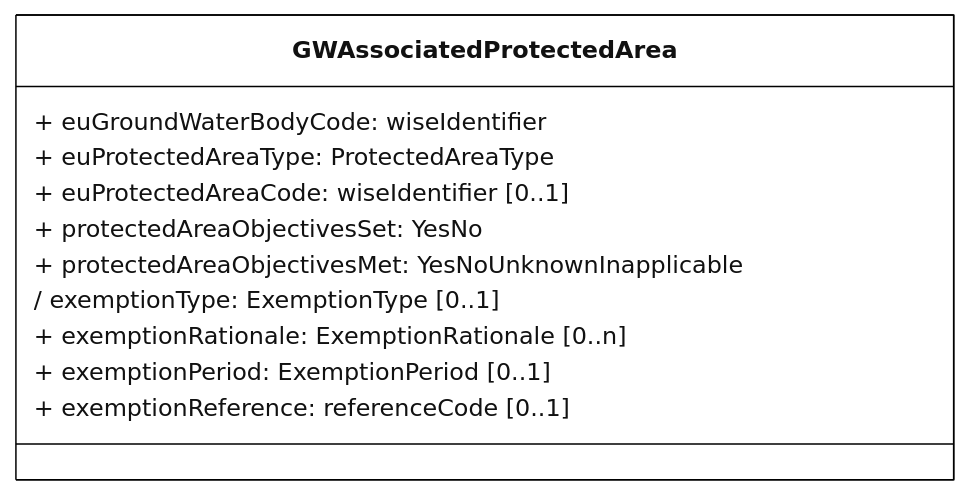
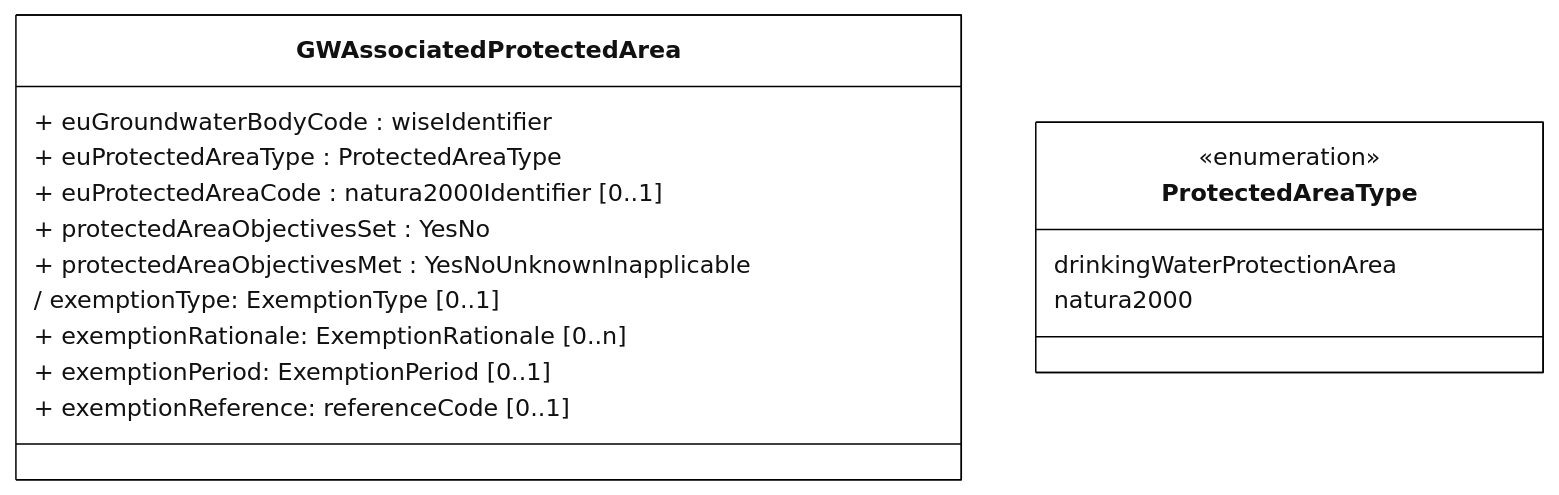
The diagram in docs/DataModelReview/mmd/Exemptions_4thCycle_GWAssociatedProtectedArea_ClassDiagram.mmd (eeadata/WISE.WFD.Documentation), drawn with Mermaid before and after one commit. The commit also changed 4 other files, not shown here.

First line of the commit message:
Correcting the issues in the GWAssociatedProtectedArea

```diff
--- a/docs/DataModelReview/mmd/Exemptions_4thCycle_GWAssociatedProtectedArea_ClassDiagram.mmd
+++ b/docs/DataModelReview/mmd/Exemptions_4thCycle_GWAssociatedProtectedArea_ClassDiagram.mmd
@@ -1,22 +1,28 @@
 ---
 config:
   class:
     hideEmptyMembersBox: true
   layout: dagre
   theme: neutral
 ---
 classDiagram
 class GWAssociatedProtectedArea{
-	+ euGroundWaterBodyCode: wiseIdentifier
-	+ euProtectedAreaType: ProtectedAreaType
-	+ euProtectedAreaCode: wiseIdentifier [0..1]
-	+ protectedAreaObjectivesSet: YesNo
-	+ protectedAreaObjectivesMet: YesNoUnknownInapplicable
+    + euGroundwaterBodyCode : wiseIdentifier
+    + euProtectedAreaType : ProtectedAreaType 
+    + euProtectedAreaCode : natura2000Identifier [0..1]
+    + protectedAreaObjectivesSet : YesNo
+    + protectedAreaObjectivesMet : YesNoUnknownInapplicable
 	/ exemptionType: ExemptionType [0..1]
 	+ exemptionRationale: ExemptionRationale [0..n]
 	+ exemptionPeriod: ExemptionPeriod [0..1]
 	+ exemptionReference: referenceCode [0..1]
-	   } 
+    }
+
+ class ProtectedAreaType{
+    <<enumeration>>
+    drinkingWaterProtectionArea
+    natura2000
+    }
 
 classDef default fill:white,stroke:#000;
 classDef forFixing fill:white,stroke:#f00;
```
